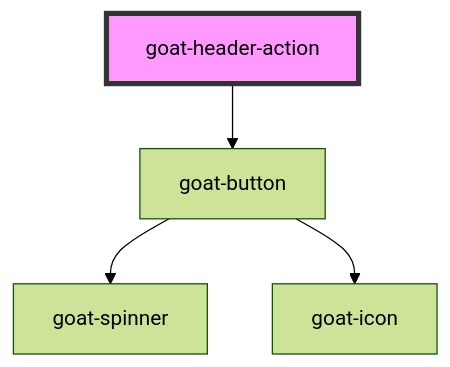
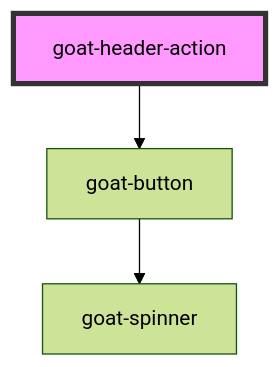
The diagram in src/components/application/header/header-action/readme.md (redvars/peacock), drawn with Mermaid (forest theme) before and after one commit. The commit also changed 121 other files, not shown here.

````diff
--- a/src/components/application/header/header-action/readme.md
+++ b/src/components/application/header/header-action/readme.md
@@ -46,7 +46,6 @@
 ```mermaid
 graph TD;
   goat-header-action --> goat-button
   goat-button --> goat-spinner
-  goat-button --> goat-icon
   style goat-header-action fill:#f9f,stroke:#333,stroke-width:4px
 ```
````
